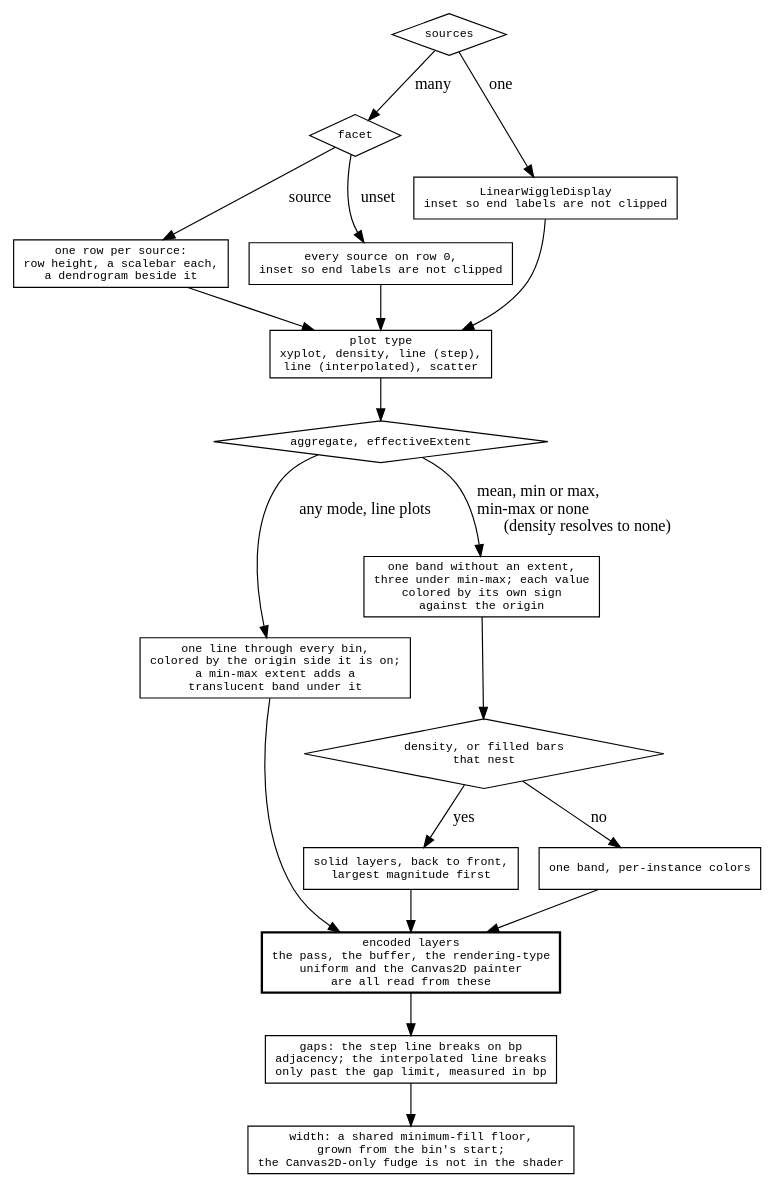
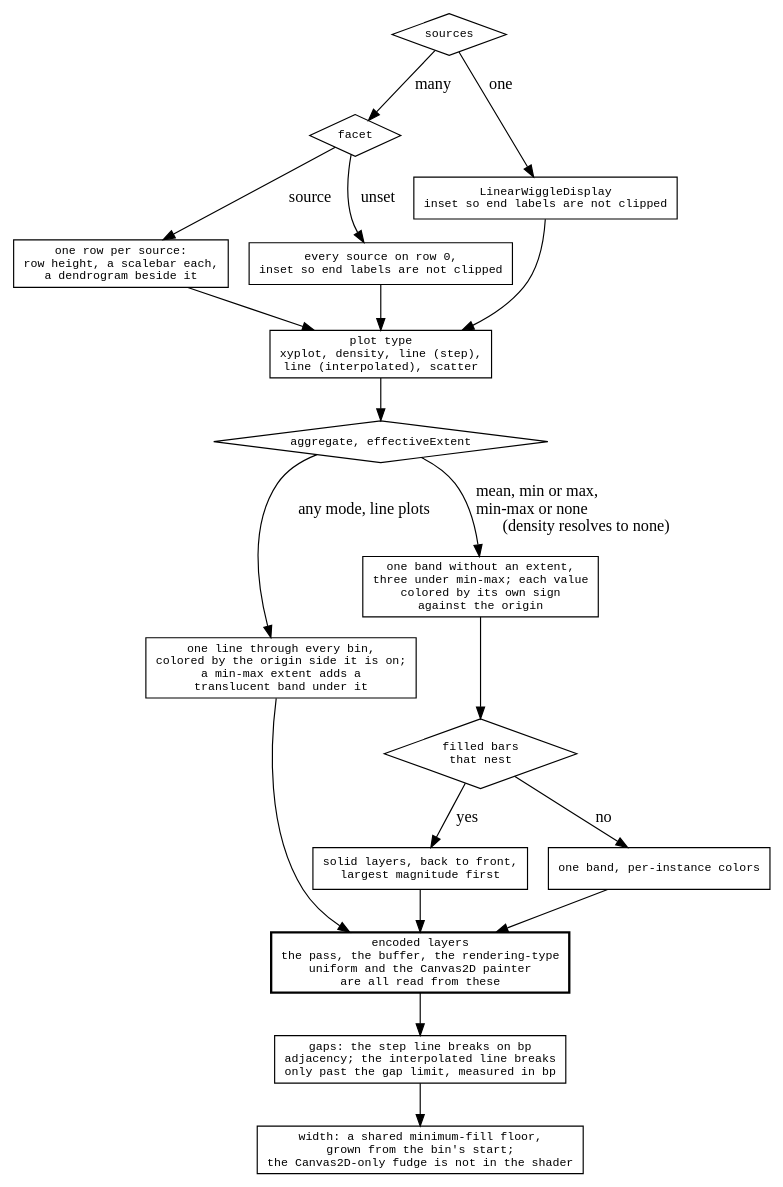
Before and after one commit to GMOD/jbrowse-components: the diagram in agent-docs/reference/diagrams/wiggle-shape.dot, drawn with Graphviz. The commit also changed 70 other files, not shown here.

```diff
--- a/agent-docs/reference/diagrams/wiggle-shape.dot
+++ b/agent-docs/reference/diagrams/wiggle-shape.dot
@@ -1,40 +1,40 @@
 digraph wiggle_shape {
   rankdir=TB
   node [shape=box fontname=monospace fontsize=10]
   { node [shape=diamond] many; layout; summary; nests }
 
   many [label="sources"]
   many -> single [label=" one"]
   many -> layout [label=" many"]
   single [label="LinearWiggleDisplay\ninset so end labels are not clipped"]
 
   layout [label="facet"]
   layout -> multirow [label=" source"]
   layout -> overlay  [label=" unset"]
   multirow [label="one row per source:\nrow height, a scalebar each,\na dendrogram beside it"]
   overlay  [label="every source on row 0,\ninset so end labels are not clipped"]
 
   plot [label="plot type\nxyplot, density, line (step),\nline (interpolated), scatter"]
   single -> plot  multirow -> plot  overlay -> plot
 
   summary [label="aggregate, effectiveExtent"]
   plot -> summary
   summary -> range [label=" any mode, line plots"]
   summary -> bands [label=" mean, min or max,\l min-max or none\l (density resolves to none)"]
   range [label="one line through every bin,\ncolored by the origin side it is on;\na min-max extent adds a\ntranslucent band under it"]
   bands [label="one band without an extent,\nthree under min-max; each value\ncolored by its own sign\nagainst the origin"]
 
-  nests [label="density, or filled bars\nthat nest"]
+  nests [label="filled bars\nthat nest"]
   bands -> nests
   nests -> split [label=" yes"]
   nests -> whole [label=" no"]
   split [label="solid layers, back to front,\nlargest magnitude first"]
   whole [label="one band, per-instance colors"]
 
   encoded [label="encoded layers\nthe pass, the buffer, the rendering-type\nuniform and the Canvas2D painter\nare all read from these", style=bold]
   split -> encoded  whole -> encoded  range -> encoded
 
   gaps  [label="gaps: the step line breaks on bp\nadjacency; the interpolated line breaks\nonly past the gap limit, measured in bp"]
   width [label="width: a shared minimum-fill floor,\ngrown from the bin's start;\nthe Canvas2D-only fudge is not in the shader"]
   encoded -> gaps -> width
 }
```
